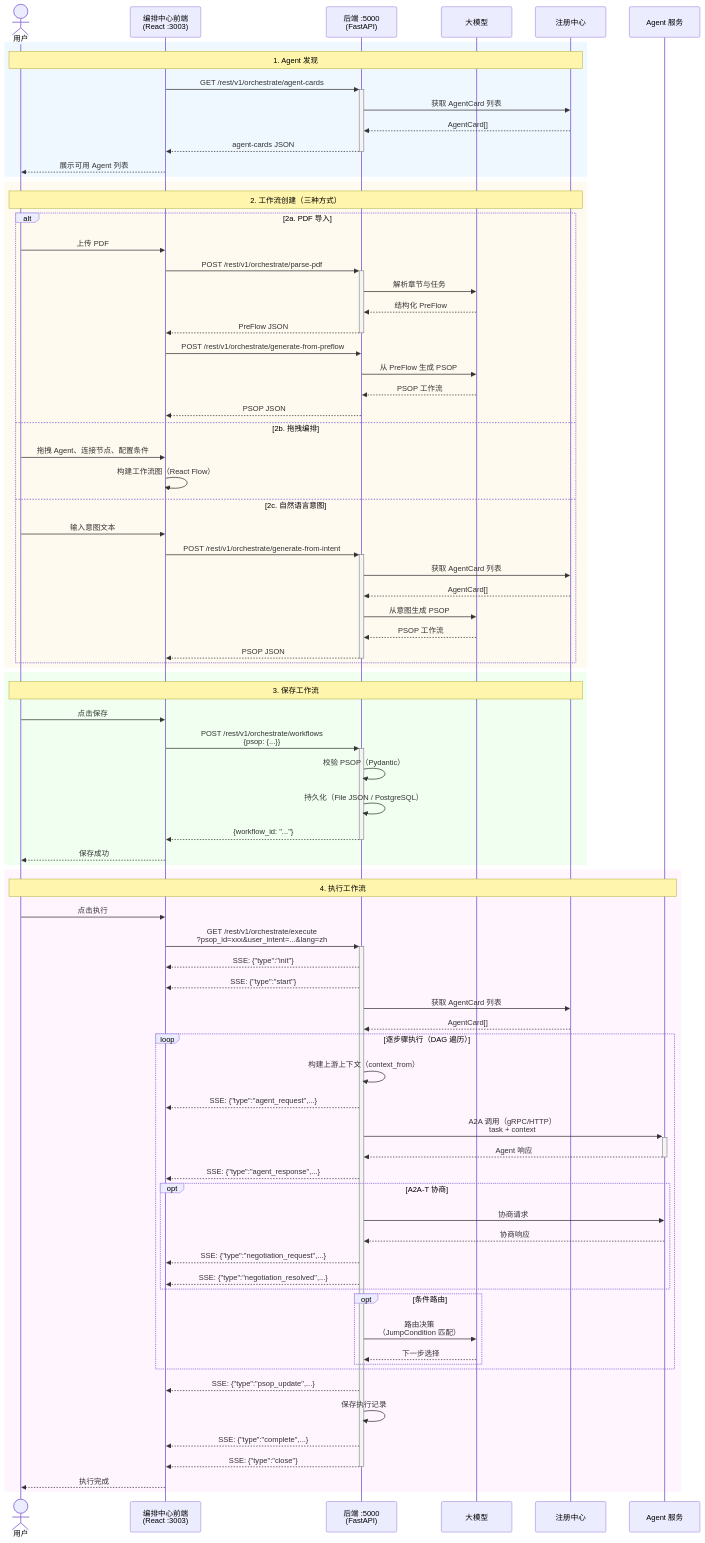
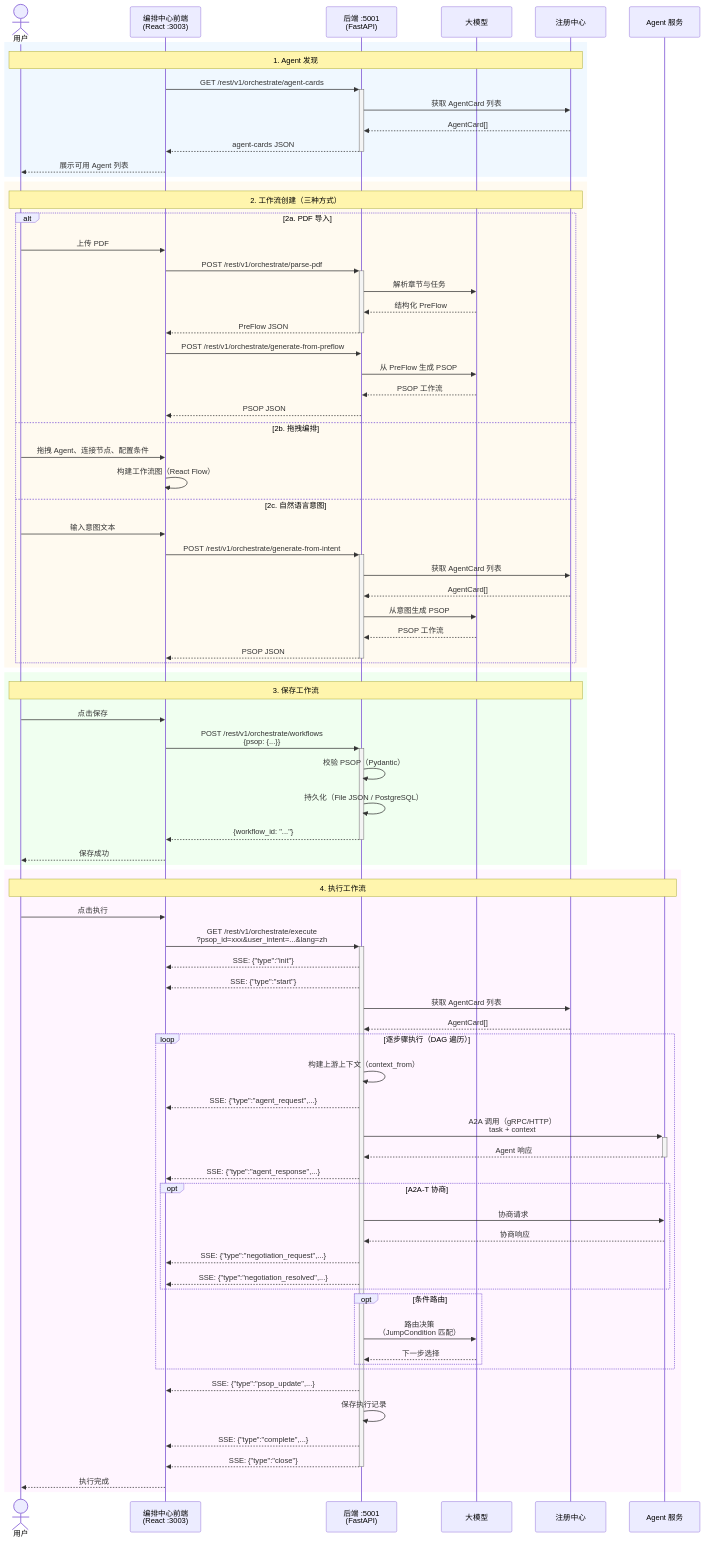
The first of 2 diagrams in README_zh.md (project-openan/orchestration-center), drawn with Mermaid before and after one commit. The commit also changed other lines of this file and 13 other files, not shown here.

```diff
--- a/README_zh.md
+++ b/README_zh.md
@@ -45,7 +45,7 @@
 sequenceDiagram
     actor User as 用户
     participant FE as 编排中心前端<br/>(React :3003)
-    participant BE as 后端 :5000<br/>(FastAPI)
+    participant BE as 后端 :5001<br/>(FastAPI)
     participant LLM as 大模型
     participant Reg as 注册中心
     participant Agt as Agent 服务
```
